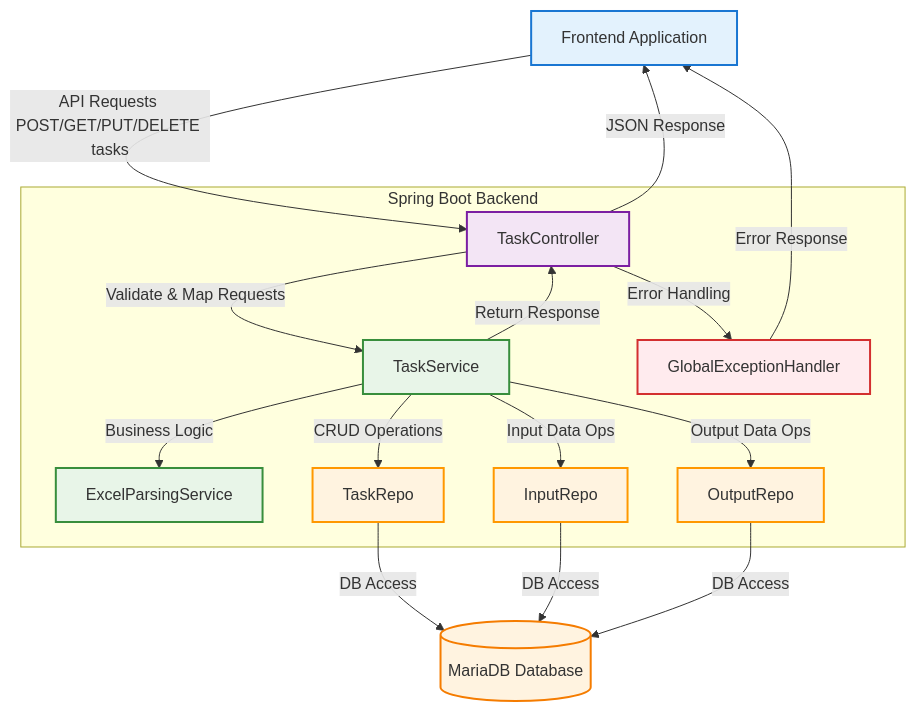
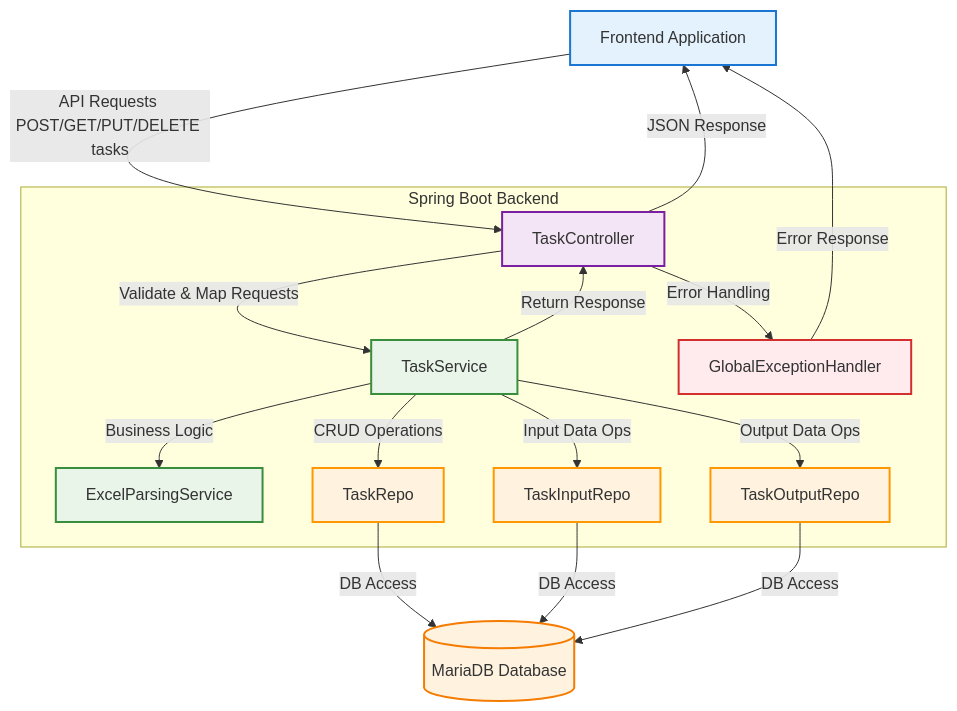
Before and after one commit to andrewhzy/SpringHttpClientDataJpaDemo: the second of 3 diagrams in docs/README.md, drawn with Mermaid.

Commit message:
udpate a flow chart

````diff
--- a/docs/README.md
+++ b/docs/README.md
@@ -145,49 +145,49 @@
 ```mermaid
 flowchart TD
     %% Frontend
     FE[Frontend Application]
 
     %% Backend Spring Boot Classes
     subgraph "Spring Boot Backend"
         Controller[TaskController]
         Service[TaskService]
         ExcelService[ExcelParsingService]
         TaskRepo[TaskRepo]
-        InputRepo[InputRepo]
-        OutputRepo[OutputRepo]
+        InputRepo[TaskInputRepo]
+        OutputRepo[TaskOutputRepo]
         ExceptionHandler[GlobalExceptionHandler]
     end
 
     %% Database
     DB[(MariaDB Database)]
 
     %% Generalized Flows for All Task Management APIs
     FE -->|API Requests POST/GET/PUT/DELETE tasks| Controller
     Controller -->|Validate & Map Requests| Service
     Service -->|Business Logic| ExcelService
     Service -->|CRUD Operations| TaskRepo
     Service -->|Input Data Ops| InputRepo
     Service -->|Output Data Ops| OutputRepo
     TaskRepo -->|DB Access| DB
     InputRepo -->|DB Access| DB
     OutputRepo -->|DB Access| DB
     Controller -->|Error Handling| ExceptionHandler
     ExceptionHandler -->|Error Response| FE
     Service -->|Return Response| Controller
     Controller -->|JSON Response| FE
 
     %% Styling
     classDef frontend fill:#e3f2fd,stroke:#1976d2,stroke-width:2px
     classDef controller fill:#f3e5f5,stroke:#7b1fa2,stroke-width:2px
     classDef service fill:#e8f5e8,stroke:#388e3c,stroke-width:2px
     classDef repository fill:#fff3e0,stroke:#ff9800,stroke-width:2px
     classDef database fill:#fff3e0,stroke:#f57c00,stroke-width:2px
     classDef error fill:#ffebee,stroke:#d32f2f,stroke-width:2px
 
     class FE frontend
     class Controller controller
     class Service,ExcelService service
     class TaskRepo,InputRepo,OutputRepo repository
     class DB database
     class ExceptionHandler error
 ```
````
